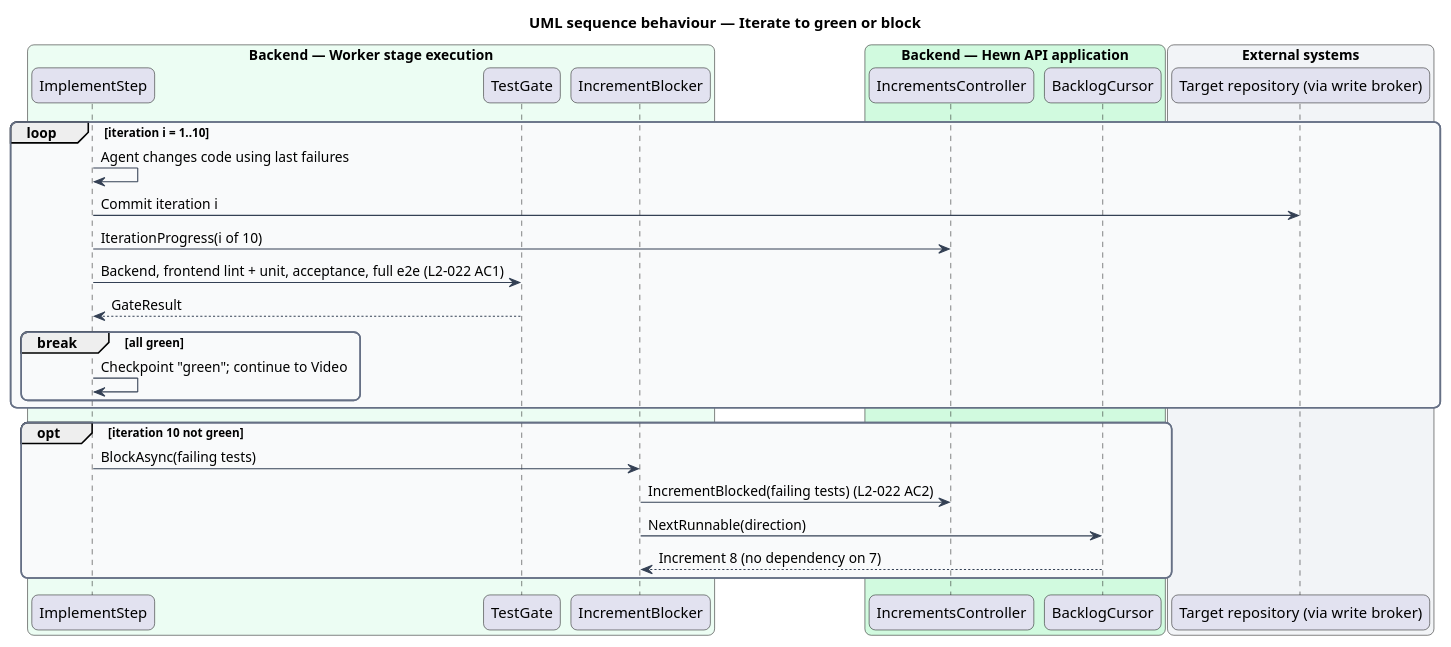
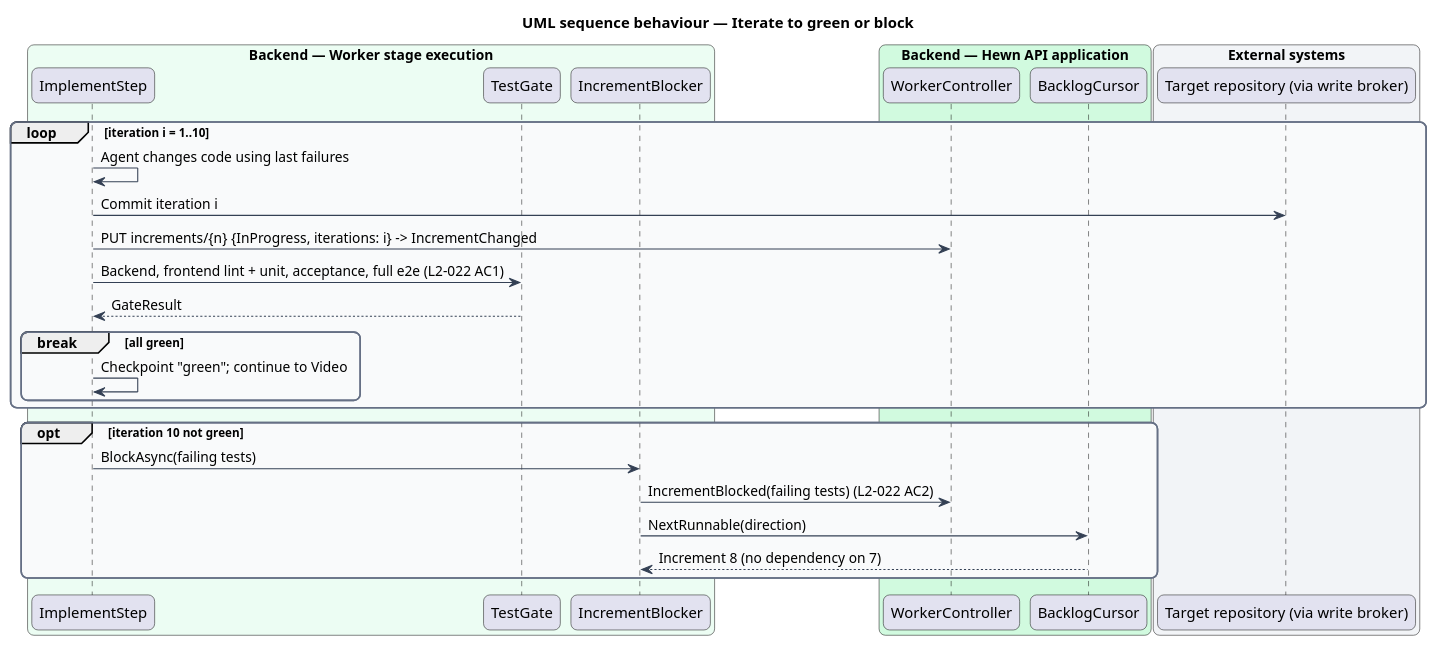
The diagram in docs/detailed-designs/increments/implement-until-green/diagrams/sequence-iterate.puml (QuinntyneBrown/hewn), drawn with PlantUML before and after one commit. The commit also changed 86 other files, not shown here.

```diff
--- a/docs/detailed-designs/increments/implement-until-green/diagrams/sequence-iterate.puml
+++ b/docs/detailed-designs/increments/implement-until-green/diagrams/sequence-iterate.puml
@@ -1,46 +1,46 @@
 @startuml
 title UML sequence behaviour — Iterate to green or block
 skinparam backgroundColor #FFFFFF
 skinparam shadowing false
 skinparam roundcorner 12
 skinparam defaultFontName Arial
 skinparam ArrowColor #344054
 skinparam rectangle {
   BorderColor #344054
   FontColor #101828
 }
 skinparam package {
   BorderColor #667085
   FontColor #101828
   BackgroundColor #F9FAFB
 }
 skinparam sequenceMessageAlign left
 box "Backend — Worker stage execution" #ECFDF3
   participant "ImplementStep" as impl
   participant "TestGate" as gate
   participant "IncrementBlocker" as block
 end box
 box "Backend — Hewn API application" #D1FADF
-  participant "IncrementsController" as ctrl
+  participant "WorkerController" as ctrl
   participant "BacklogCursor" as cursor
 end box
 box "External systems" #F2F4F7
   participant "Target repository (via write broker)" as gh
 end box
 loop iteration i = 1..10
   impl -> impl : Agent changes code using last failures
   impl -> gh : Commit iteration i
-  impl -> ctrl : IterationProgress(i of 10)
+  impl -> ctrl : PUT increments/{n} {InProgress, iterations: i} -> IncrementChanged
   impl -> gate : Backend, frontend lint + unit, acceptance, full e2e (L2-022 AC1)
   gate --> impl : GateResult
   break all green
     impl -> impl : Checkpoint "green"; continue to Video
   end
 end
 opt iteration 10 not green
   impl -> block : BlockAsync(failing tests)
   block -> ctrl : IncrementBlocked(failing tests) (L2-022 AC2)
   block -> cursor : NextRunnable(direction)
   cursor --> block : Increment 8 (no dependency on 7)
 end
 @enduml
```
